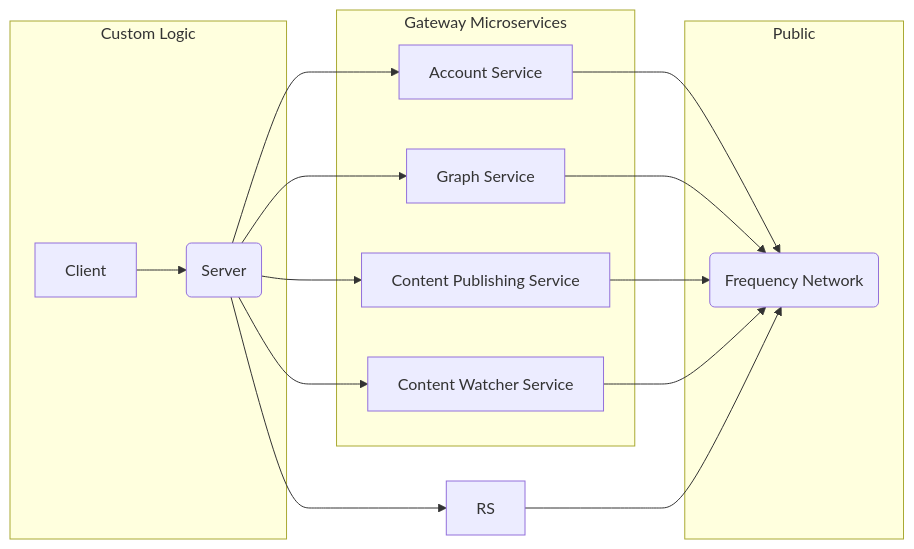
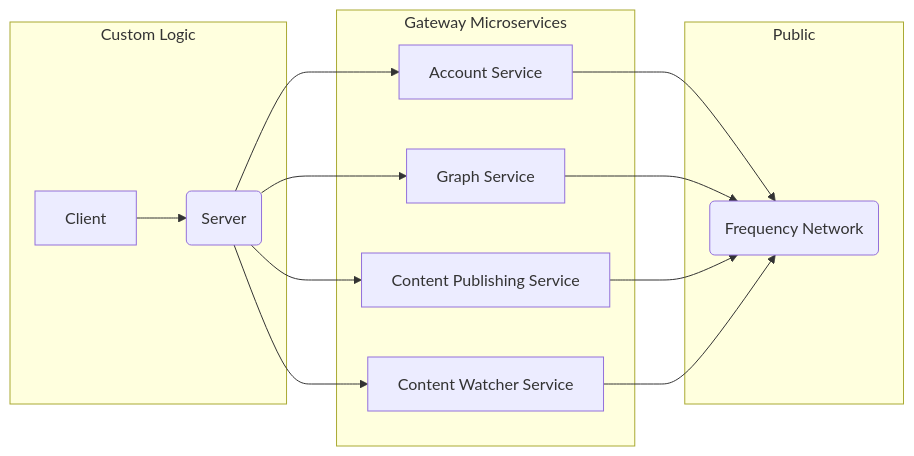
Before and after one commit to ProjectLibertyLabs/gateway: the diagram in README.md, drawn with Mermaid. The commit also changed other lines of this file, not shown here.

````diff
--- a/README.md
+++ b/README.md
@@ -33,25 +49,23 @@
 ```mermaid
 flowchart LR;
     subgraph Custom Logic
         C[Client] --> S(Server)
     end
     subgraph Gateway Microservices
         AS[Account Service]
         GS[Graph Service]
         CPS[Content Publishing Service]
         CWS[Content Watcher Service]
     end
     S --> AS
     S --> GS
     S --> CPS
     S --> CWS
-    S --> RS
     subgraph Public
         F(Frequency Network)
     end
     AS --> F
     GS --> F
     CPS --> F
     CWS --> F
-    RS --> F
 ```
````
